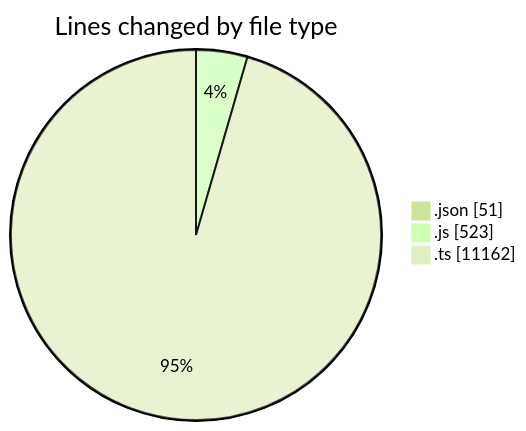
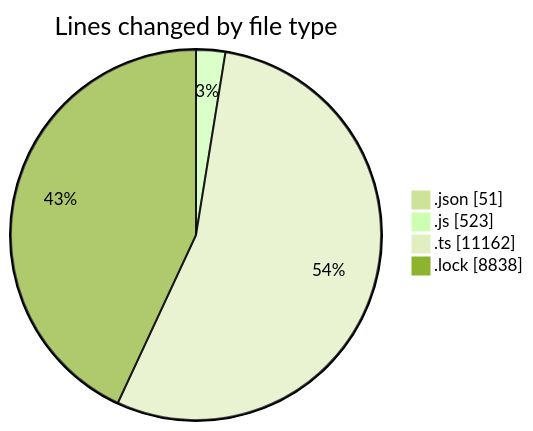
The first of 2 diagrams in 2025-10-08/cda/README.md (momahboobian/code-tracking), drawn with Mermaid (forest theme) before and after one commit. The commit also changed other lines of this file and 1 other file, not shown here.

````diff
--- a/2025-10-08/cda/README.md
+++ b/2025-10-08/cda/README.md
@@ -30,7 +31,8 @@
 ```mermaid
 pie showData
 title Lines changed by file type
 ".json" : 51
 ".js" : 523
 ".ts" : 11162
+".lock" : 8838
 ```
````
